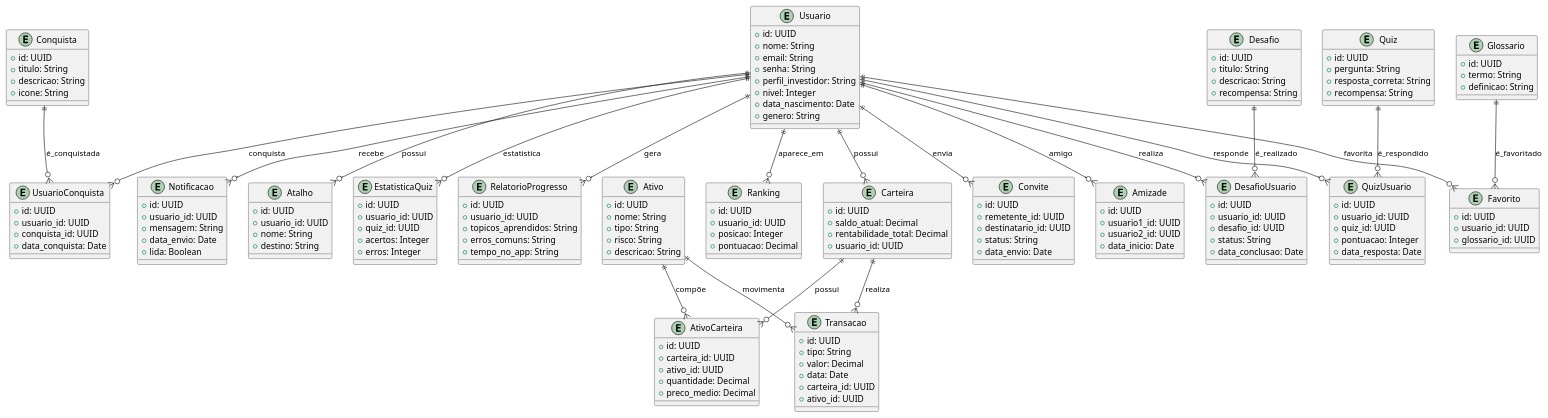
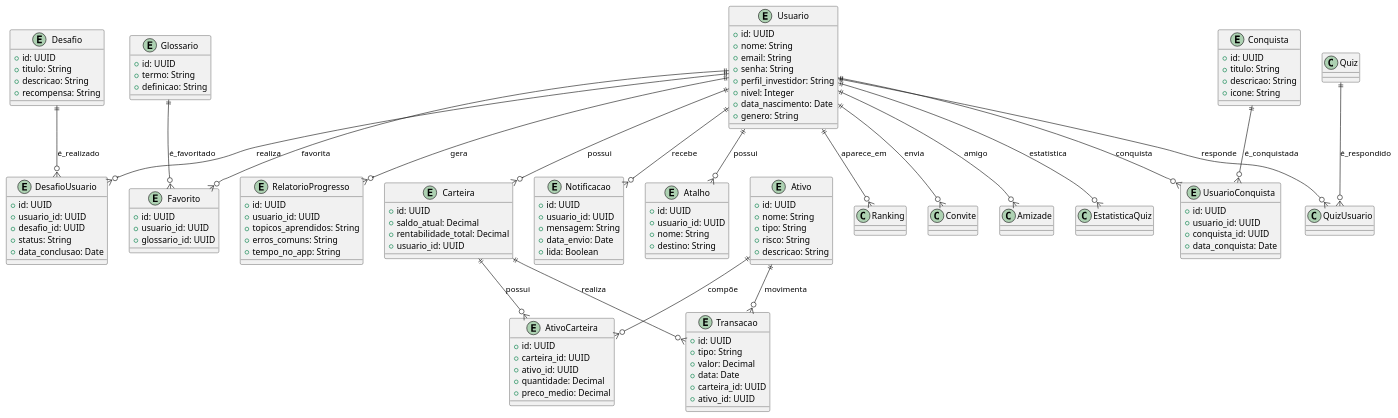
The diagram in entidaderelacionamento.wsd (pedrOfsilveira/diagramas), drawn with PlantUML before and after one commit. The commit also changed 26 other files, not shown here.

```diff
--- a/entidaderelacionamento.wsd
+++ b/entidaderelacionamento.wsd
@@ -1,180 +1,141 @@
 @startuml
 
 entity Usuario {
     + id: UUID
     + nome: String
     + email: String
     + senha: String
     + perfil_investidor: String
     + nivel: Integer
     + data_nascimento: Date
     + genero: String
 }
 
+' isso no banco nao existe
 entity Carteira {
     + id: UUID
     + saldo_atual: Decimal
     + rentabilidade_total: Decimal
     + usuario_id: UUID
 }
 
 entity Ativo {
     + id: UUID
     + nome: String
     + tipo: String
     + risco: String
     + descricao: String
 }
 
 entity AtivoCarteira {
     + id: UUID
     + carteira_id: UUID
     + ativo_id: UUID
     + quantidade: Decimal
     + preco_medio: Decimal
 }
 
+' isso pode ser o historico
 entity Transacao {
     + id: UUID
     + tipo: String
     + valor: Decimal
     + data: Date
     + carteira_id: UUID
     + ativo_id: UUID
 }
 
 entity Desafio {
     + id: UUID
     + titulo: String
     + descricao: String
     + recompensa: String
 }
 
 entity DesafioUsuario {
     + id: UUID
     + usuario_id: UUID
     + desafio_id: UUID
     + status: String
     + data_conclusao: Date
 }
 
-entity Quiz {
-    + id: UUID
-    + pergunta: String
-    + resposta_correta: String
-    + recompensa: String
-}
-
-entity QuizUsuario {
-    + id: UUID
-    + usuario_id: UUID
-    + quiz_id: UUID
-    + pontuacao: Integer
-    + data_resposta: Date
-}
-
 entity Glossario {
     + id: UUID
     + termo: String
     + definicao: String
 }
 
 entity Favorito {
     + id: UUID
     + usuario_id: UUID
     + glossario_id: UUID
 }
 
+' sem pq isso é os desafios
 entity Conquista {
     + id: UUID
     + titulo: String
     + descricao: String
     + icone: String
 }
-
+' esse aqui tambem
 entity UsuarioConquista {
     + id: UUID
     + usuario_id: UUID
     + conquista_id: UUID
     + data_conquista: Date
 }
 
 entity RelatorioProgresso {
     + id: UUID
     + usuario_id: UUID
     + topicos_aprendidos: String
     + erros_comuns: String
     + tempo_no_app: String
 }
 
-entity Ranking {
-    + id: UUID
-    + usuario_id: UUID
-    + posicao: Integer
-    + pontuacao: Decimal
-}
-
-entity Convite {
-    + id: UUID
-    + remetente_id: UUID
-    + destinatario_id: UUID
-    + status: String
-    + data_envio: Date
-}
-
-entity Amizade {
-    + id: UUID
-    + usuario1_id: UUID
-    + usuario2_id: UUID
-    + data_inicio: Date
-}
-
+' sem
 entity Notificacao {
     + id: UUID
     + usuario_id: UUID
     + mensagem: String
     + data_envio: Date
     + lida: Boolean
 }
 
+' que que é isso?
 entity Atalho {
     + id: UUID
     + usuario_id: UUID
     + nome: String
     + destino: String
 }
 
-entity EstatisticaQuiz {
-    + id: UUID
-    + usuario_id: UUID
-    + quiz_id: UUID
-    + acertos: Integer
-    + erros: Integer
-}
 
 Usuario ||--o{ Carteira : possui
 Carteira ||--o{ AtivoCarteira : possui
 Ativo ||--o{ AtivoCarteira : compõe
 Carteira ||--o{ Transacao : realiza
 Ativo ||--o{ Transacao : movimenta
 
 Usuario ||--o{ DesafioUsuario : realiza
 Desafio ||--o{ DesafioUsuario : é_realizado
 Usuario ||--o{ QuizUsuario : responde
 Quiz ||--o{ QuizUsuario : é_respondido
 
 Usuario ||--o{ Favorito : favorita
 Glossario ||--o{ Favorito : é_favoritado
 
 Usuario ||--o{ UsuarioConquista : conquista
 Conquista ||--o{ UsuarioConquista : é_conquistada
 
 Usuario ||--o{ RelatorioProgresso : gera
 Usuario ||--o{ Ranking : aparece_em
 Usuario ||--o{ Convite : envia
 Usuario ||--o{ Amizade : amigo
 Usuario ||--o{ Notificacao : recebe
 Usuario ||--o{ Atalho : possui
 Usuario ||--o{ EstatisticaQuiz : estatistica
 
 @enduml
```
